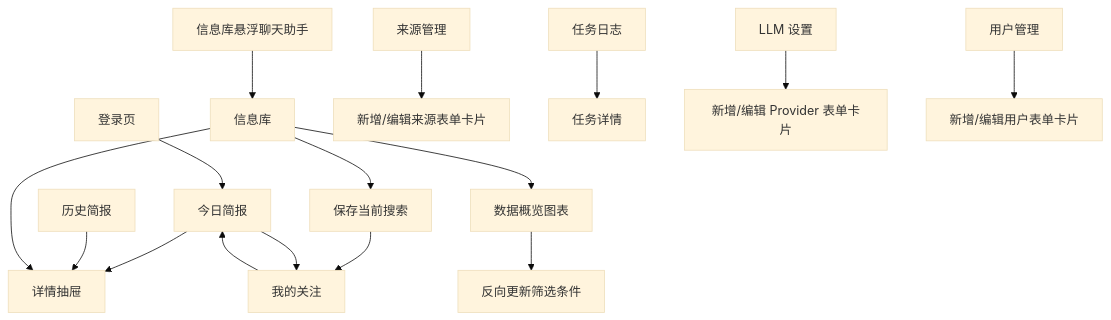
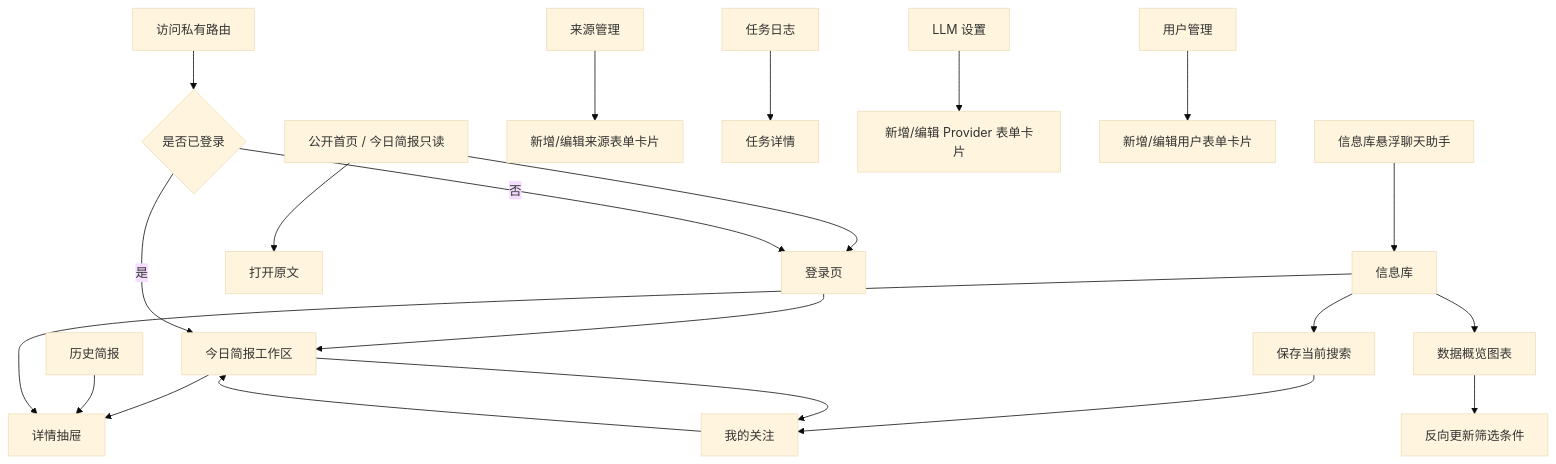
The first of 11 diagrams in docs/product/page-flow.md (ZJM189/Daily_News), drawn with Mermaid (base theme) before and after one commit. The commit also changed other lines of this file and 15 other files, not shown here.

Commit message:
Add public today briefing page

````diff
--- a/docs/product/page-flow.md
+++ b/docs/product/page-flow.md
@@ -24,18 +32,23 @@
 ```mermaid
 flowchart TD
-    Login[登录页] --> Today[今日简报]
+    Home[公开首页 / 今日简报只读] --> Login[登录页]
+    Home --> PublicOriginal[打开原文]
+    Login --> Today[今日简报工作区]
     Today --> Detail[详情抽屉]
     History[历史简报] --> Detail
     Library[信息库] --> Detail
     FloatingChat[信息库悬浮聊天助手] --> Library
     Library --> SaveSearch[保存当前搜索]
     Library --> Analytics[数据概览图表]
     Analytics --> LibraryFilter[反向更新筛选条件]
     SaveSearch --> Following[我的关注]
     Today --> Following
     Following --> Today
     AdminSources[来源管理] --> SourceForm[新增/编辑来源表单卡片]
     AdminJobs[任务日志] --> JobDetail[任务详情]
     AdminLLM[LLM 设置] --> LLMForm[新增/编辑 Provider 表单卡片]
     AdminUsers[用户管理] --> UserForm[新增/编辑用户表单卡片]
+    PrivateRoute[访问私有路由] --> AuthGate{是否已登录}
+    AuthGate -- 否 --> Login
+    AuthGate -- 是 --> Today
 ```
````
